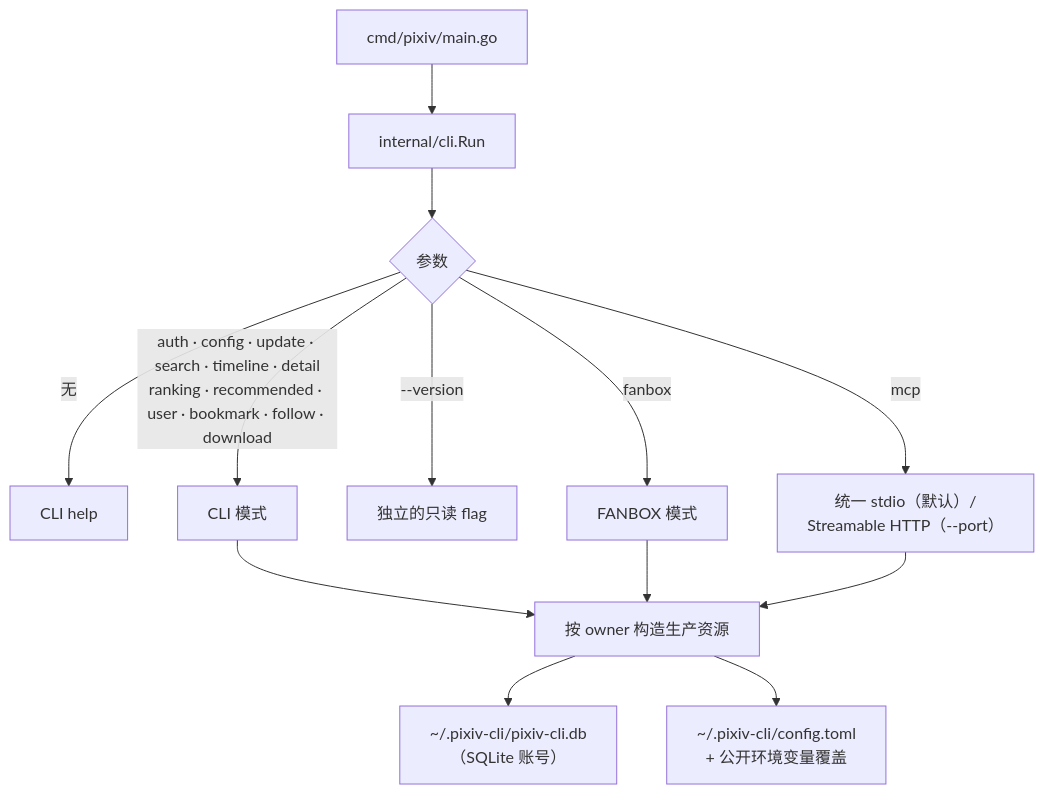
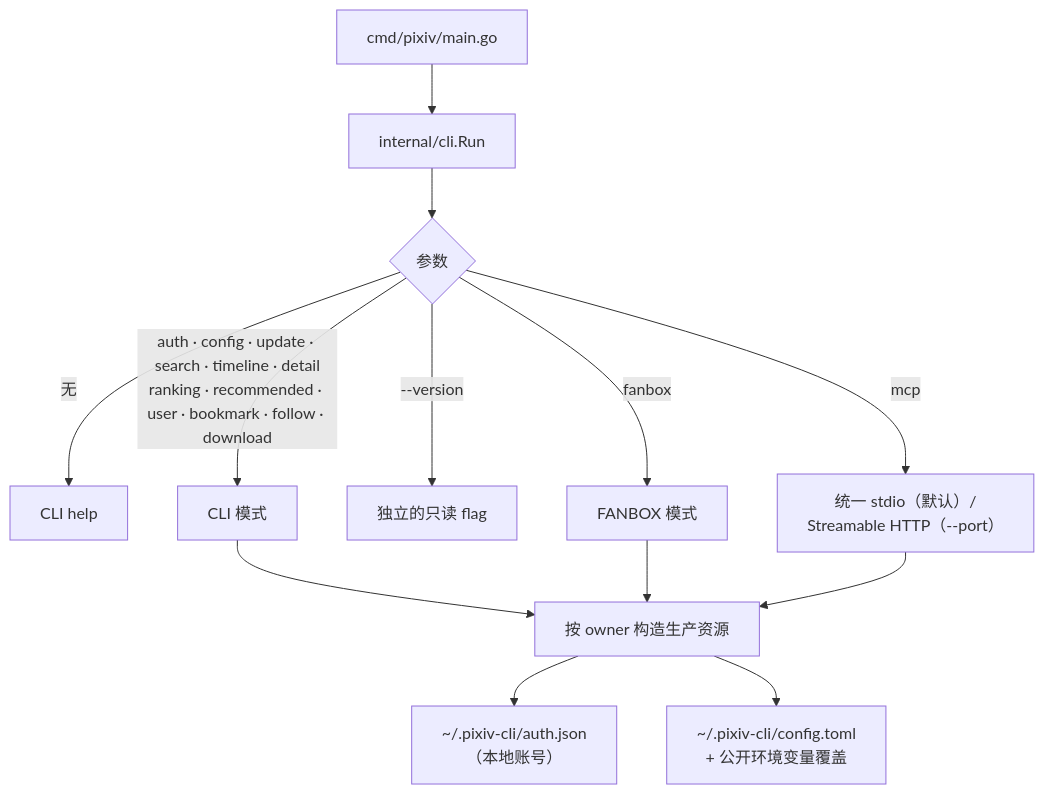
Before and after one commit to FlanChanXwO/pixiv-cli: the second of 5 diagrams in docs/zh-CN/maintainers/architecture.md, drawn with Mermaid. The commit also changed other lines of this file and 91 other files, not shown here.

First line of the commit message:
feat(account): move local accounts to auth.json (S04) (#276)

````diff
--- a/docs/zh-CN/maintainers/architecture.md
+++ b/docs/zh-CN/maintainers/architecture.md
@@ -38,13 +38,13 @@
 ```mermaid
 flowchart TD
     M["cmd/pixiv/main.go"] --> R["internal/cli.Run"]
     R --> H{"参数"}
     H -->|无| HELP["CLI help"]
     H -->|"auth · config · update · search · timeline · detail<br/>ranking · recommended · user · bookmark · follow · download"| CMD["CLI 模式"]
     H -->|"--version"| V["独立的只读 flag"]
     H -->|fanbox| FB["FANBOX 模式"]
     H -->|mcp| MCP["统一 stdio（默认）/<br/>Streamable HTTP（--port）"]
     CMD & FB & MCP --> RES["按 owner 构造生产资源"]
-    RES --> DB["~/.pixiv-cli/pixiv-cli.db<br/>（SQLite 账号）"]
+    RES --> DB["~/.pixiv-cli/auth.json<br/>（本地账号）"]
     RES --> CFG["~/.pixiv-cli/config.toml<br/>+ 公开环境变量覆盖"]
 ```
````
